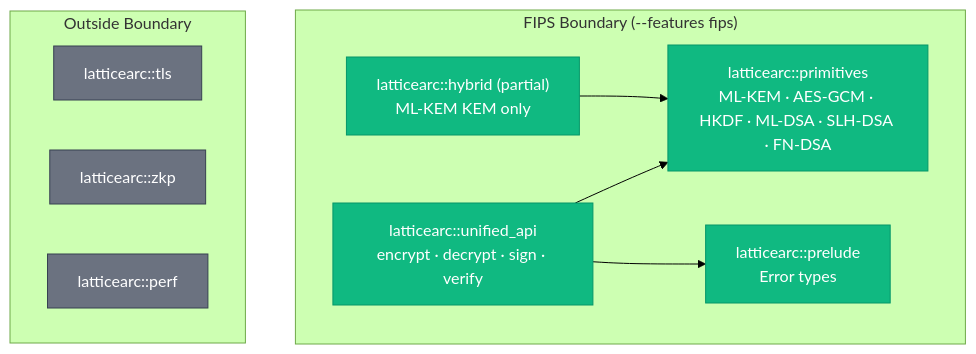
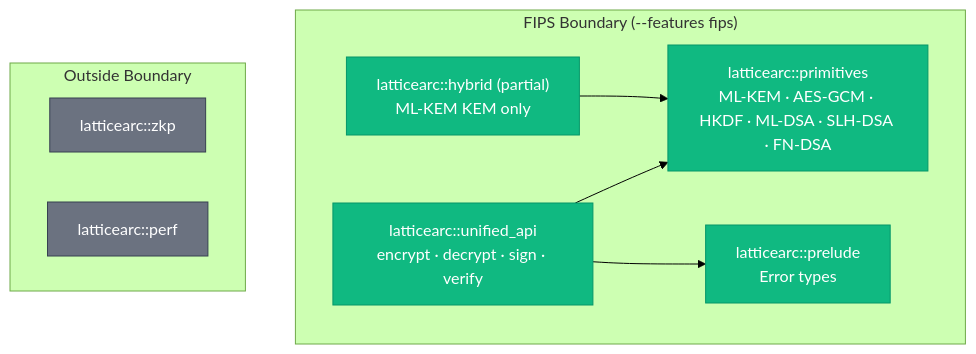
One commit to LatticeArc/latticearc changed the diagram in docs/FIPS_SECURITY_POLICY.md. Above: the diagram before and after it, drawn with Mermaid (forest theme). The commit also changed other lines of this file and 46 other files, not shown here.

First line of the commit message:
feat!: remove latticearc::tls module (wrapper with no product use) — v0.7.0

````diff
--- a/docs/FIPS_SECURITY_POLICY.md
+++ b/docs/FIPS_SECURITY_POLICY.md
@@ -32,25 +32,24 @@
 ```mermaid
 flowchart TB
     subgraph "FIPS Boundary (--features fips)"
         PRIM["latticearc::primitives\nML-KEM · AES-GCM · HKDF · ML-DSA · SLH-DSA · FN-DSA"]
         API["latticearc::unified_api\nencrypt · decrypt · sign · verify"]
         PRE["latticearc::prelude\nError types"]
         HYB["latticearc::hybrid (partial)\nML-KEM KEM only"]
     end
 
     subgraph "Outside Boundary"
-        TLS["latticearc::tls"]
         ZKP["latticearc::zkp"]
         PERF["latticearc::perf"]
     end
 
     API --> PRIM
     HYB --> PRIM
     API --> PRE
 
     classDef inside fill:#10b981,stroke:#059669,color:#fff
     classDef outside fill:#6b7280,stroke:#374151,color:#fff
 
     class PRIM,API,PRE,HYB inside
-    class TLS,ZKP,PERF outside
+    class ZKP,PERF outside
 ```
````
